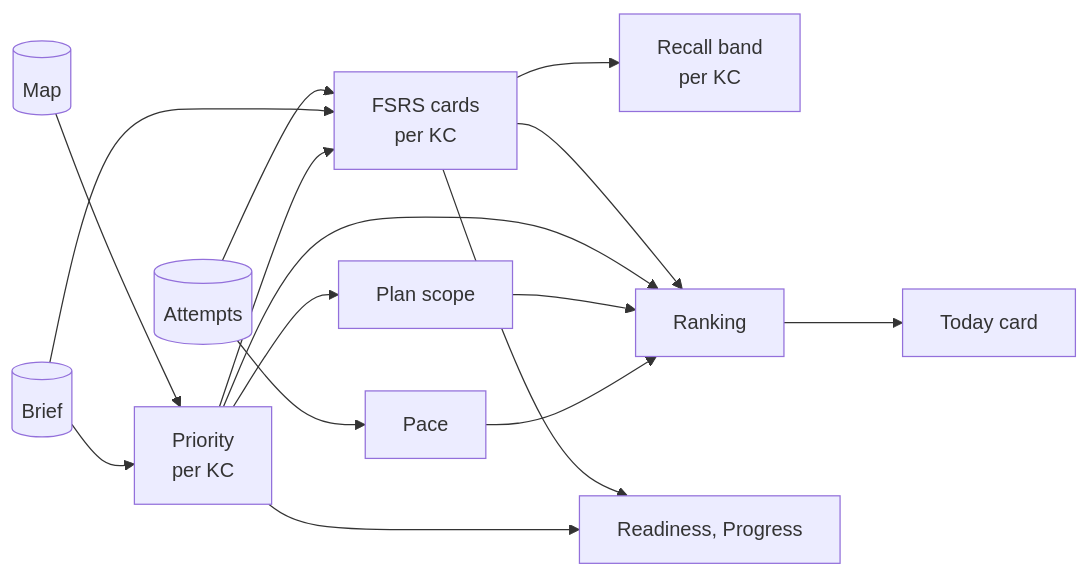
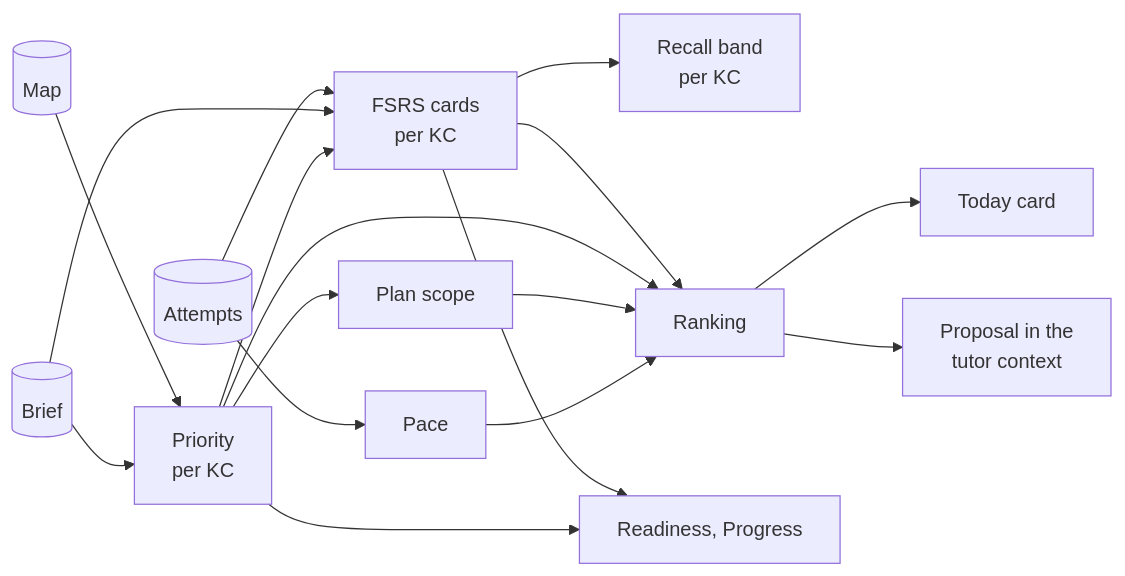
The second of 3 diagrams in docs/features/tutoring.md (69420pm/project-mastery), drawn with Mermaid before and after one commit. The commit also changed other lines of this file and 11 other files, not shown here.

````diff
--- a/docs/features/tutoring.md
+++ b/docs/features/tutoring.md
@@ -64,18 +71,19 @@
 ```mermaid
 flowchart LR
   map[("Map")] --> priority["Priority<br/>per KC"]
   brief[("Brief")] --> priority
   log[("Attempts")] --> cards["FSRS cards<br/>per KC"]
   brief --> cards
   priority --> cards
   cards --> band["Recall band<br/>per KC"]
   priority --> scope["Plan scope"]
   log --> pace["Pace"]
   cards --> rank["Ranking"]
   priority --> rank
   scope --> rank
   pace --> rank
   rank --> today["Today card"]
+  rank --> proposal["Proposal in the<br/>tutor context"]
   cards --> ready["Readiness, Progress"]
   priority --> ready
 ```
````
